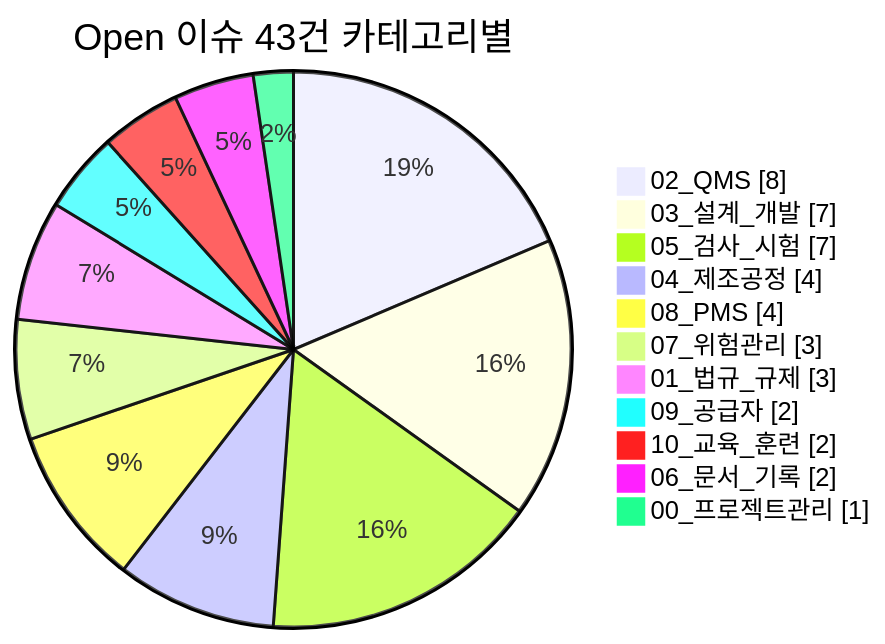
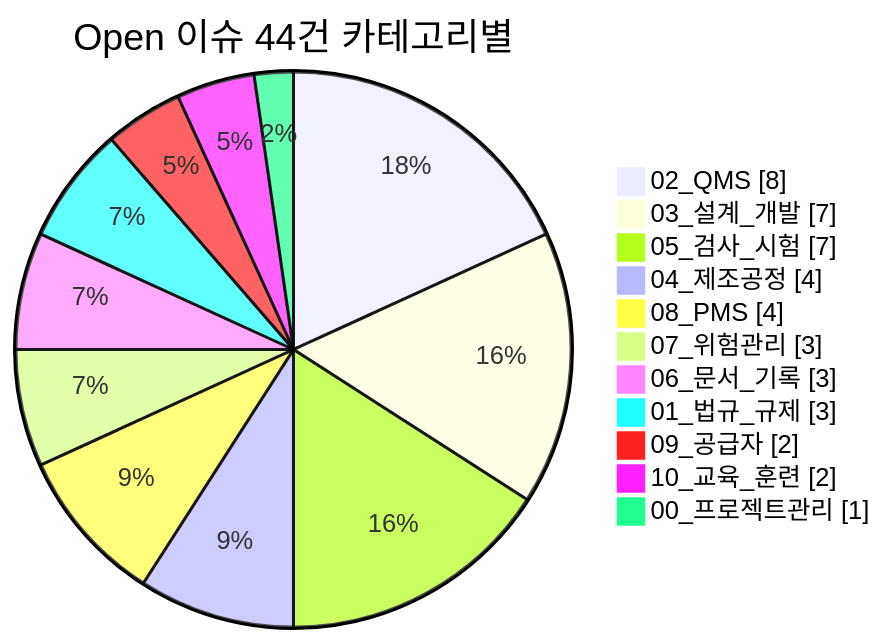
One commit to holee9/MD-process changed the fourth of 4 diagrams in README.md. Above: the diagram before and after it, drawn with Mermaid. The commit also changed other lines of this file, not shown here.

````diff
--- a/README.md
+++ b/README.md
@@ -173,15 +172,15 @@
 ```mermaid
 pie showData
-    title Open 이슈 43건 카테고리별
+    title Open 이슈 44건 카테고리별
     "02_QMS" : 8
     "03_설계_개발" : 7
     "05_검사_시험" : 7
     "04_제조공정" : 4
     "08_PMS" : 4
     "07_위험관리" : 3
+    "06_문서_기록" : 3
     "01_법규_규제" : 3
     "09_공급자" : 2
     "10_교육_훈련" : 2
-    "06_문서_기록" : 2
     "00_프로젝트관리" : 1
 ```
````
